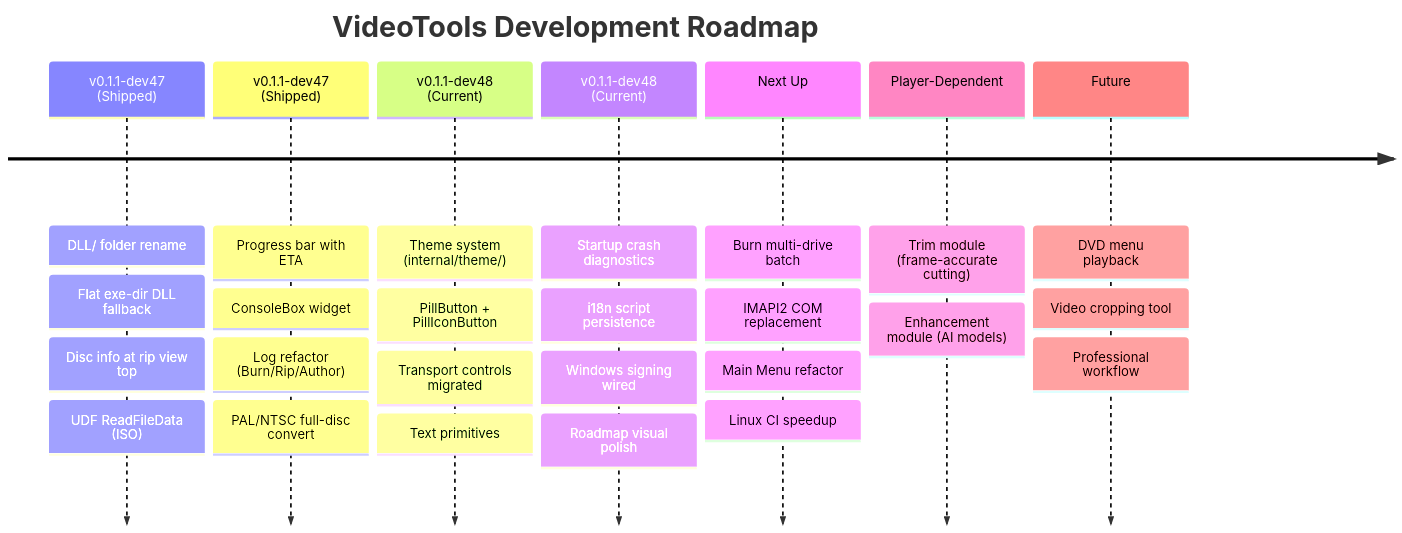
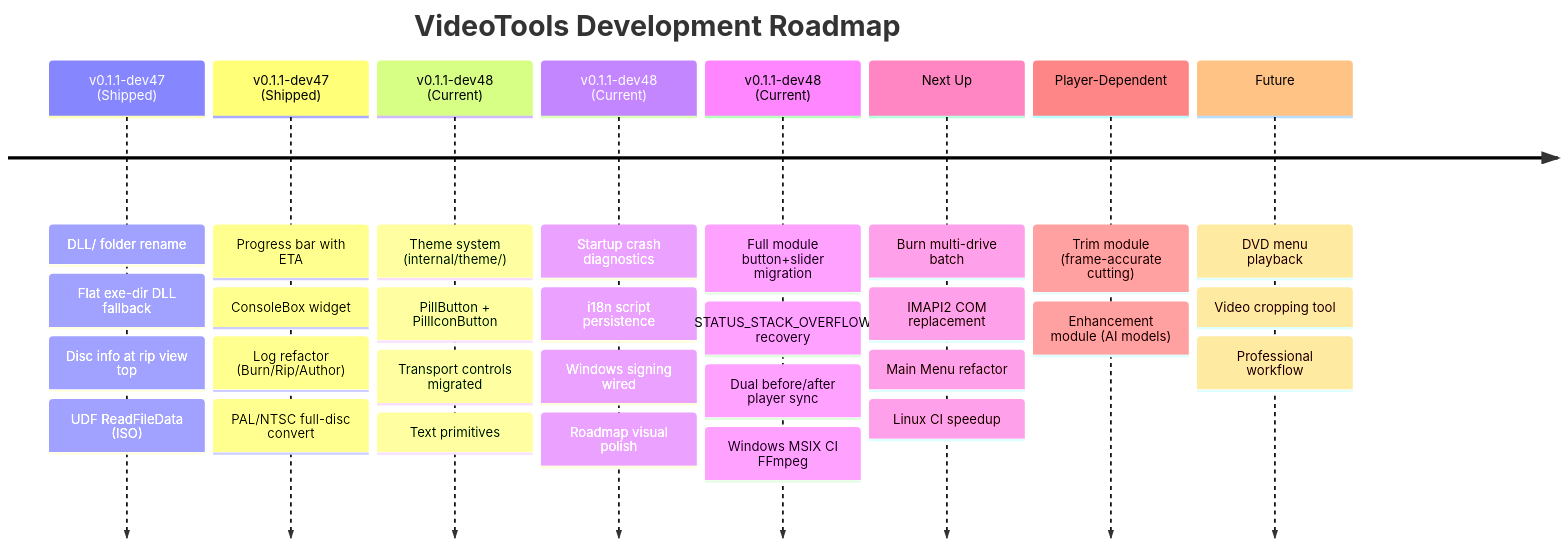
One commit to LeakTechnologies/VideoTools changed the diagram in docs/ROADMAP.md. Above: the diagram before and after it, drawn with Mermaid. The commit also changed other lines of this file and 5 other files, not shown here.

````diff
--- a/docs/ROADMAP.md
+++ b/docs/ROADMAP.md
@@ -7,11 +7,12 @@
 ```mermaid
 timeline
     title VideoTools Development Roadmap
     v0.1.1-dev47 (Shipped) : DLL/ folder rename : Flat exe-dir DLL fallback : Disc info at rip view top : UDF ReadFileData (ISO)
     v0.1.1-dev47 (Shipped) : Progress bar with ETA : ConsoleBox widget : Log refactor (Burn/Rip/Author) : PAL/NTSC full-disc convert
     v0.1.1-dev48 (Current) : Theme system (internal/theme/) : PillButton + PillIconButton : Transport controls migrated : Text primitives
     v0.1.1-dev48 (Current) : Startup crash diagnostics : i18n script persistence : Windows signing wired : Roadmap visual polish
+    v0.1.1-dev48 (Current) : Full module button+slider migration : STATUS_STACK_OVERFLOW recovery : Dual before/after player sync : Windows MSIX CI FFmpeg
     Next Up : Burn multi-drive batch : IMAPI2 COM replacement : Main Menu refactor : Linux CI speedup
     Player-Dependent : Trim module (frame-accurate cutting) : Enhancement module (AI models)
     Future : DVD menu playback : Video cropping tool : Professional workflow
 ```
````
